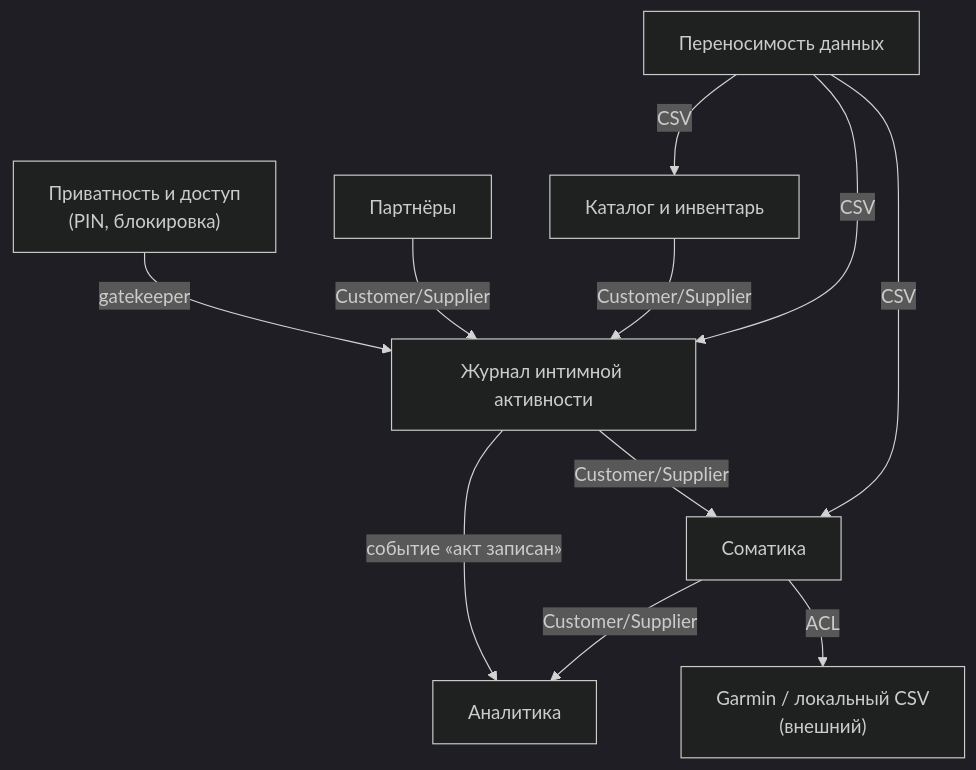
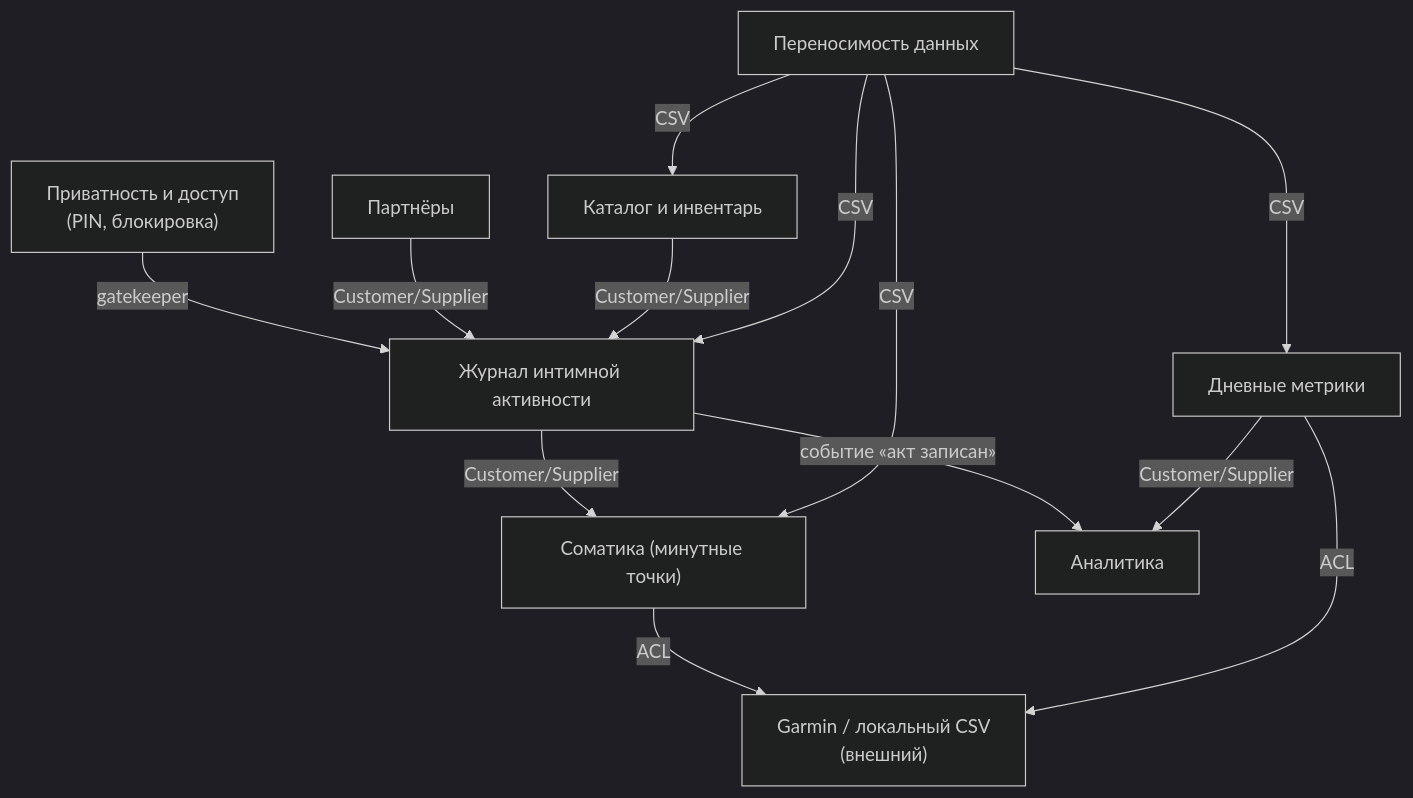
One commit to Ekstrem/XDiary changed the diagram in 3-ddd-canvases/00-context-map.md. Above: the diagram before and after it, drawn with Mermaid (dark theme). The commit also changed other lines of this file and 10 other files, not shown here.

Commit message:
DDD: 1 агрегат = 1 контекст — Соматика разделена на минутные точки и дневные метрики

````diff
--- a/3-ddd-canvases/00-context-map.md
+++ b/3-ddd-canvases/00-context-map.md
@@ -17,13 +18,15 @@
 ```mermaid
 flowchart TD
     PR["Приватность и доступ<br/>(PIN, блокировка)"] -->|gatekeeper| J["Журнал интимной активности"]
     P["Партнёры"] -->|Customer/Supplier| J
     C["Каталог и инвентарь"] -->|Customer/Supplier| J
-    J -->|Customer/Supplier| S["Соматика"]
+    J -->|Customer/Supplier| SS["Соматика (минутные точки)"]
     J -->|событие «акт записан»| A["Аналитика"]
-    S -->|Customer/Supplier| A
-    S -->|ACL| G["Garmin / локальный CSV<br/>(внешний)"]
+    DM["Дневные метрики"] -->|Customer/Supplier| A
+    SS -->|ACL| G["Garmin / локальный CSV<br/>(внешний)"]
+    DM -->|ACL| G
     DP["Переносимость данных"] -->|CSV| J
-    DP -->|CSV| S
+    DP -->|CSV| SS
+    DP -->|CSV| DM
     DP -->|CSV| C
 ```
````
